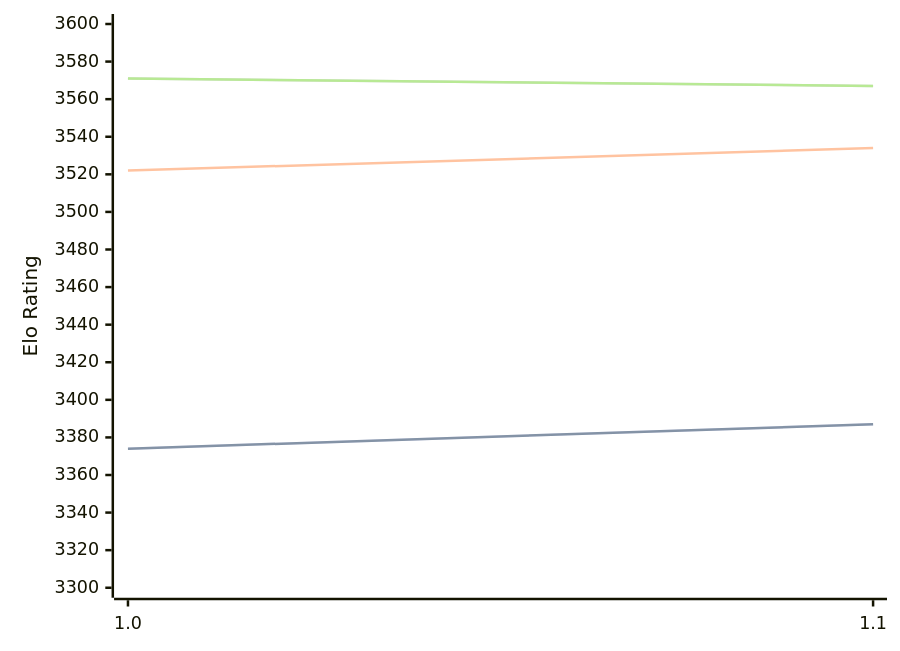
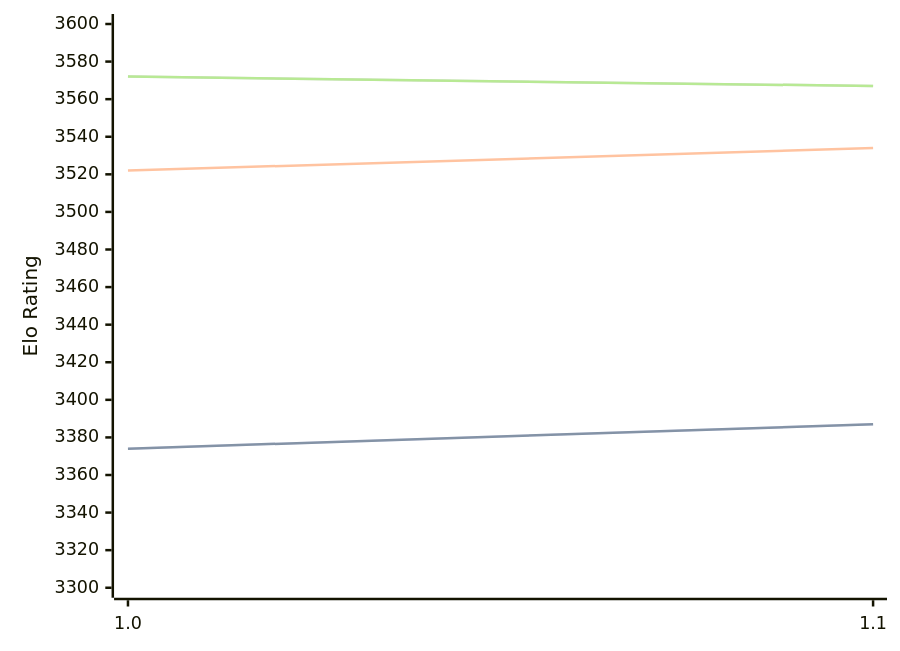
One commit to computer-chess-index/cci changed the diagram in engines/Horsie.md. Above: the diagram before and after it, drawn with Mermaid. The commit also changed other lines of this file, not shown here.

Commit message:
Update CCI Ratings (ELO VLTC) - 2026-04-19

````diff
--- a/engines/Horsie.md
+++ b/engines/Horsie.md
@@ -32,11 +32,11 @@
 ```mermaid
 %%{init: {"theme":"base","themeVariables":{"seriesColors:['#a3a3a3','#222221','#faa371']}}}%%
 xychart-beta
   x-axis ["1.0", "1.1"]
   y-axis "Elo Rating" 3300 --> 3600
   line "STC (8.0+0.08s)" [3374, 3387]
   line "STC (8.0+0.08s)" [3374, 3387]
   line "LTC (60.0+0.60s)" [3522, 3534]
-  line "VLTC (2m24s+1.12s)" [3571, 3567]
-  line "VLTC (2m24s+1.12s)" [3571, 3567]
+  line "VLTC (2m24s+1.12s)" [3572, 3567]
+  line "VLTC (2m24s+1.12s)" [3572, 3567]
 ```
````
